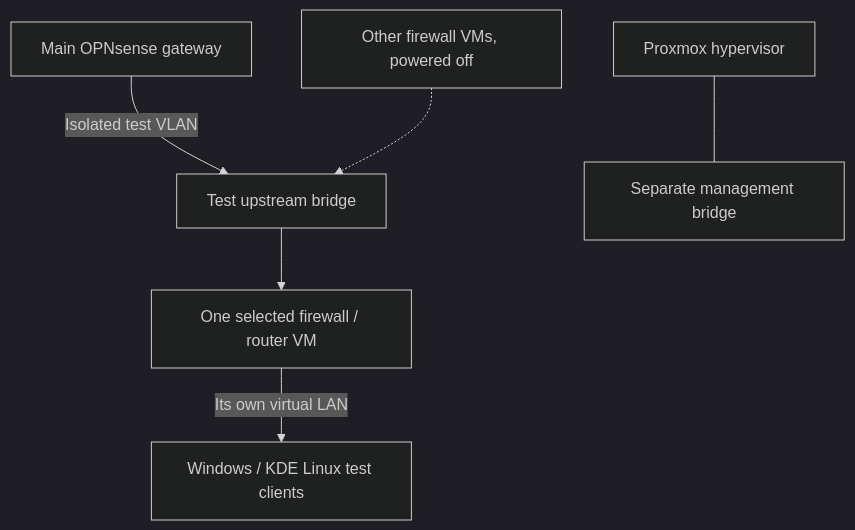
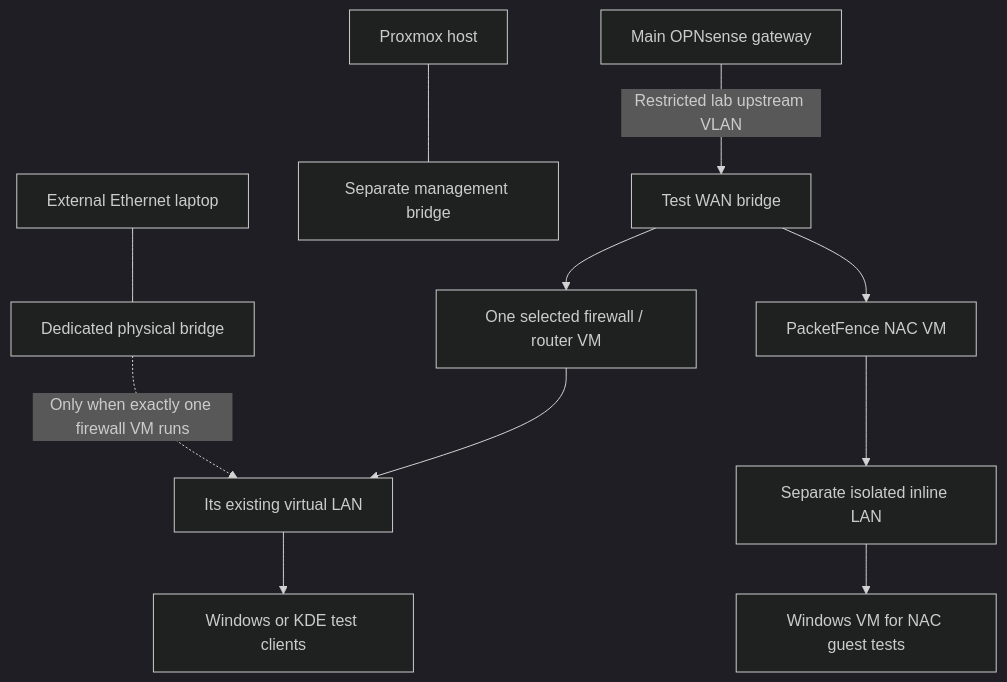
The diagram in diagrams/proxmox-lab.md (bixstriker/bixcore-homelab-portfolio), drawn with Mermaid (dark theme) before and after one commit. The commit also changed other lines of this file and 11 other files, not shown here.

Commit message:
Link the new NAC and physical Ethernet studies across the existing Proxmox portfolio

````diff
--- a/diagrams/proxmox-lab.md
+++ b/diagrams/proxmox-lab.md
@@ -5,8 +3,13 @@
 ```mermaid
 flowchart TD
-    Main[Main OPNsense gateway] -->|Isolated test VLAN| WAN[Test upstream bridge]
-    PVE[Proxmox hypervisor] --- Mgmt[Separate management bridge]
-    WAN --> Routers[One selected firewall / router VM]
-    Routers -->|Its own virtual LAN| Clients[Windows / KDE Linux test clients]
-    Others[Other firewall VMs, powered off] -.-> WAN
+    Main[Main OPNsense gateway] -->|Restricted lab upstream VLAN| WAN[Test WAN bridge]
+    PVE[Proxmox host] --- Mgmt[Separate management bridge]
+    WAN --> FW[One selected firewall / router VM]
+    FW --> LAN[Its existing virtual LAN]
+    LAN --> Guests[Windows or KDE test clients]
+    Laptop[External Ethernet laptop] --- Phy[Dedicated physical bridge]
+    Phy -.->|Only when exactly one firewall VM runs| LAN
+    WAN --> NAC[PacketFence NAC VM]
+    NAC --> Inline[Separate isolated inline LAN]
+    Inline --> Win[Windows VM for NAC guest tests]
 ```
````
